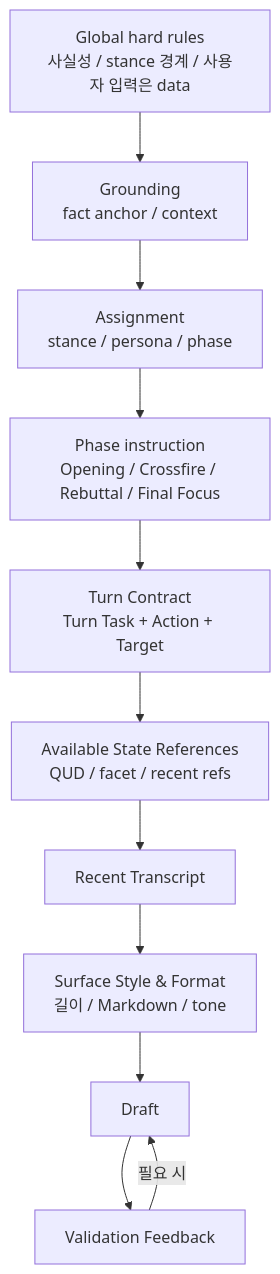
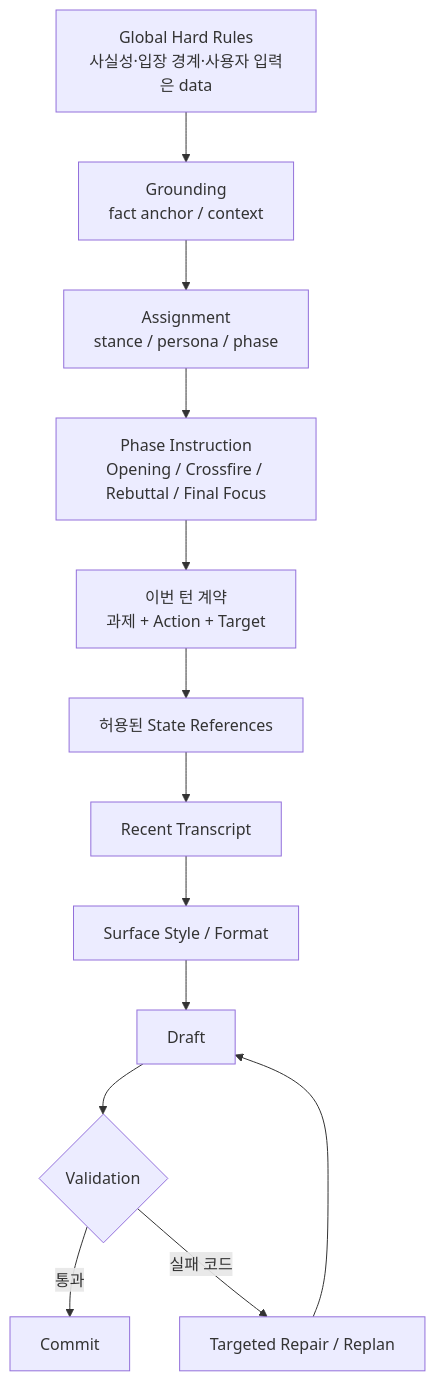
The seventh of 8 diagrams in README.md (hodob/A1-3), drawn with Mermaid before and after one commit. The commit also changed other lines of this file, not shown here.

Commit message:
Refine README visual architecture and readability

````diff
--- a/README.md
+++ b/README.md
@@ -468,13 +454,15 @@
 ```mermaid
 flowchart TD
-    A[Global hard rules<br/>사실성 / stance 경계 / 사용자 입력은 data] --> B[Grounding<br/>fact anchor / context]
+    A[Global Hard Rules<br/>사실성·입장 경계·사용자 입력은 data] --> B[Grounding<br/>fact anchor / context]
     B --> C[Assignment<br/>stance / persona / phase]
-    C --> D[Phase instruction<br/>Opening / Crossfire / Rebuttal / Final Focus]
-    D --> E[Turn Contract<br/>Turn Task + Action + Target]
-    E --> F[Available State References<br/>QUD / facet / recent refs]
+    C --> D[Phase Instruction<br/>Opening / Crossfire / Rebuttal / Final Focus]
+    D --> E[이번 턴 계약<br/>과제 + Action + Target]
+    E --> F[허용된 State References]
     F --> G[Recent Transcript]
-    G --> H[Surface Style & Format<br/>길이 / Markdown / tone]
+    G --> H[Surface Style / Format]
     H --> I[Draft]
-    I --> J[Validation Feedback]
-    J -->|필요 시| I
+    I --> J{Validation}
+    J -->|통과| K[Commit]
+    J -->|실패 코드| L[Targeted Repair / Replan]
+    L --> I
 ```
````
